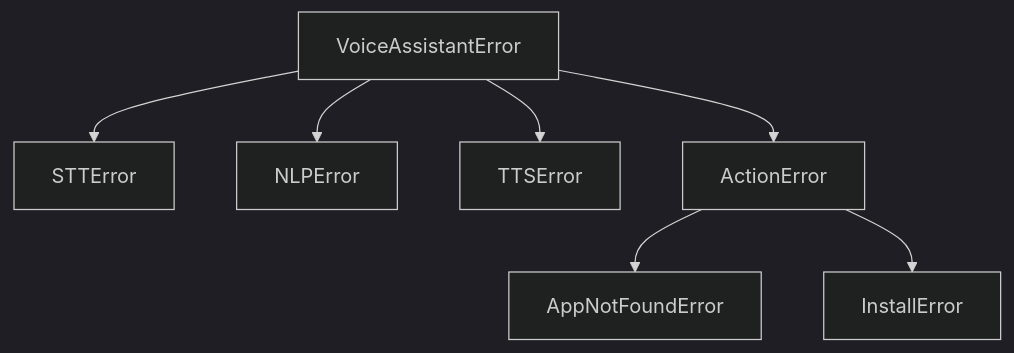
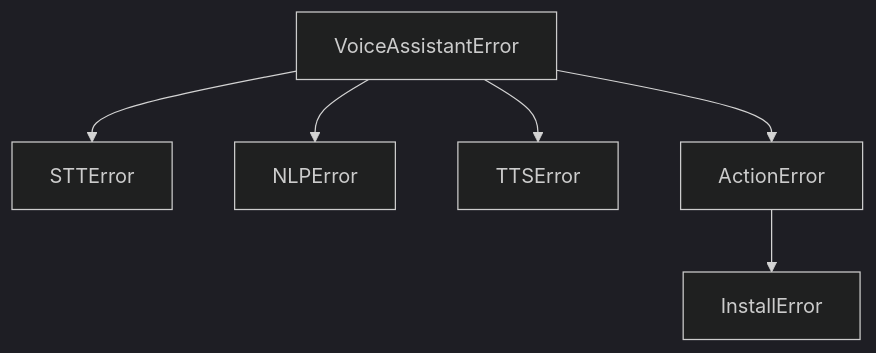
The diagram in docs/code-guides/core-exceptions.md (OmarAdel10/voice-assistant), drawn with Mermaid (dark theme) before and after one commit. The commit also changed other lines of this file and 6 other files, not shown here.

````diff
--- a/docs/code-guides/core-exceptions.md
+++ b/docs/code-guides/core-exceptions.md
@@ -21,9 +20,8 @@
 ```mermaid
 flowchart TD
     V[VoiceAssistantError] --> S[STTError]
     V --> N[NLPError]
     V --> T[TTSError]
     V --> A[ActionError]
-    A --> M[AppNotFoundError]
     A --> I[InstallError]
 ```
````
